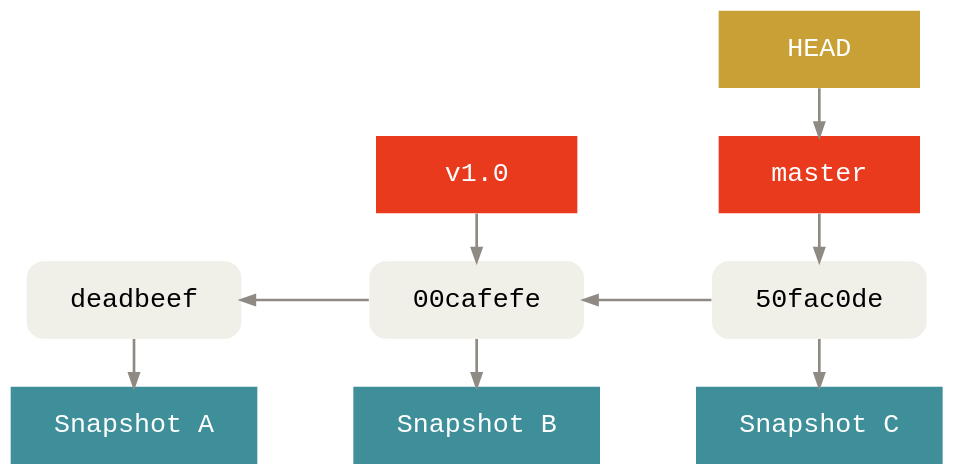
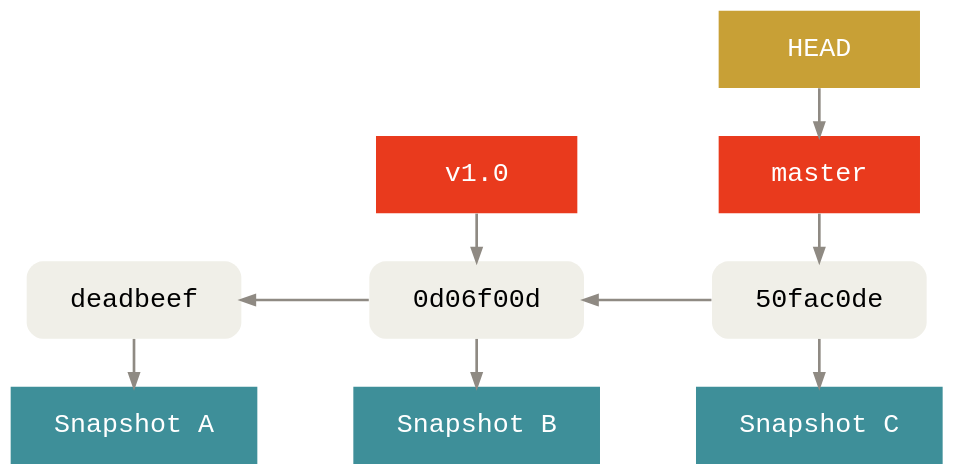
The diagram in images/internals/branch-and-history.gv (agross/git-reveal), drawn with Graphviz before and after one commit. The commit also changed 23 other files, not shown here.

```diff
--- a/images/internals/branch-and-history.gv
+++ b/images/internals/branch-and-history.gv
@@ -1,69 +1,69 @@
 digraph Git {
   bgcolor="transparent"
 
   rankdir=LR
   ranksep=1
   nodesep=.5
 
   edge [color="#8f8a83"
         penwidth=2
         dir="back"]
   node [shape=box
         fontname="Menlo, Monaco, Consolas, Lucida Console, Courier New, monospace"
         fontsize=20
         margin=".45,.25"
         width=2.1
         penwidth=0]
 
   node [style="rounded,filled"
         fillcolor="#f0efe8"]
   A [label="deadbeef"]
-  B [label="00cafefe"]
+  B [label="0d06f00d"]
   C [label="50fac0de"]
 
   node [style="filled"
         fontcolor="#ffffff"
         fillcolor="#e93a1d"]
   master
   tag [label="v1.0"]
   HEAD [fillcolor="#c8a036"]
 
   node [style="filled"
         fontcolor="#ffffff"
         fillcolor="#3e8f99"]
   snapshot_a [label="Snapshot A"]
   snapshot_b [label="Snapshot B"]
   snapshot_c [label="Snapshot C"]
 
   A -> B -> C
 
   subgraph cluster_a {
     style=invis
 
     {
       rank=same
       snapshot_a -> A
     }
   }
 
   subgraph cluster_b {
     style=invis
 
     {
       rank=same
       snapshot_b -> B
       B -> tag
     }
   }
 
   subgraph cluster_c {
     style=invis
 
     {
       rank=same
       snapshot_c -> C
       C -> master
       master -> HEAD
     }
   }
 }
```
